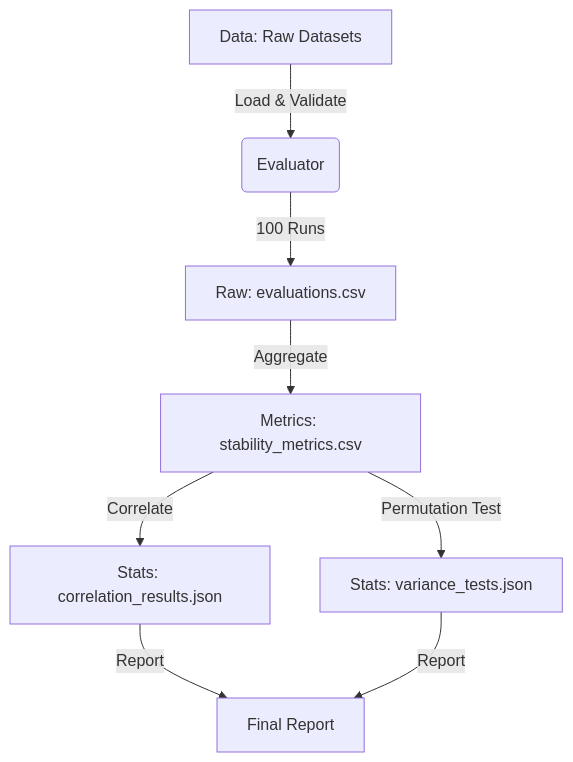
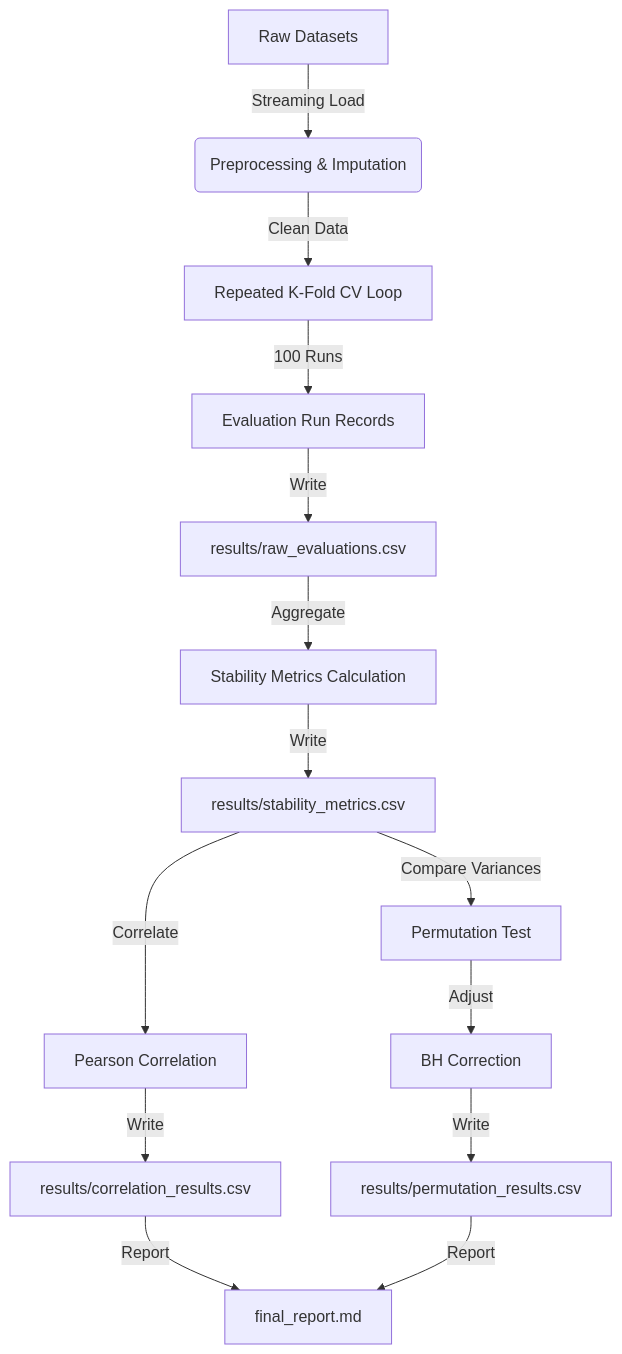
Before and after one commit to ContextLab/llmXive: the diagram in projects/PROJ-264-assessing-the-stability-of-statistical-m/specs/001-assessing-the-stability-of-statistical-m/data-model.md, drawn with Mermaid. The commit also changed other lines of this file and 26 other files, not shown here.

````diff
--- a/projects/PROJ-264-assessing-the-stability-of-statistical-m/specs/001-assessing-the-stability-of-statistical-m/data-model.md
+++ b/projects/PROJ-264-assessing-the-stability-of-statistical-m/specs/001-assessing-the-stability-of-statistical-m/data-model.md
@@ -76,10 +39,15 @@
 ```mermaid
 graph TD
-    A[Data: Raw Datasets] -->|Load & Validate| B(Evaluator)
-    B -->|100 Runs| C[Raw: evaluations.csv]
-    C -->|Aggregate| D[Metrics: stability_metrics.csv]
-    D -->|Correlate| E[Stats: correlation_results.json]
-    D -->|Permutation Test| F[Stats: variance_tests.json]
-    E -->|Report| G[Final Report]
-    F -->|Report| G
+    A[Raw Datasets] -->|Streaming Load| B(Preprocessing & Imputation)
+    B -->|Clean Data| C[Repeated K-Fold CV Loop]
+    C -->|100 Runs| D[Evaluation Run Records]
+    D -->|Write| E[results/raw_evaluations.csv]
+    E -->|Aggregate| F[Stability Metrics Calculation]
+    F -->|Write| G[results/stability_metrics.csv]
+    G -->|Correlate| H[Pearson Correlation]
+    H -->|Write| I[results/correlation_results.csv]
+    G -->|Compare Variances| J[Permutation Test]
+    J -->|Adjust| K[BH Correction]
+    K -->|Write| L[results/permutation_results.csv]
+    I & L -->|Report| M[final_report.md]
 ```
````
